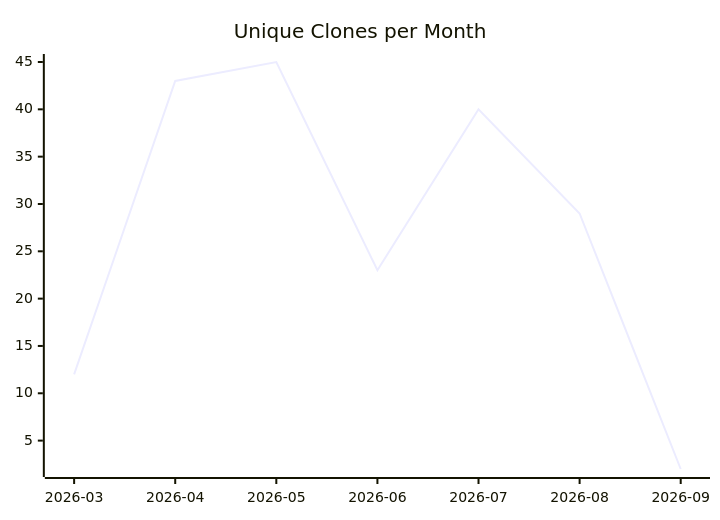
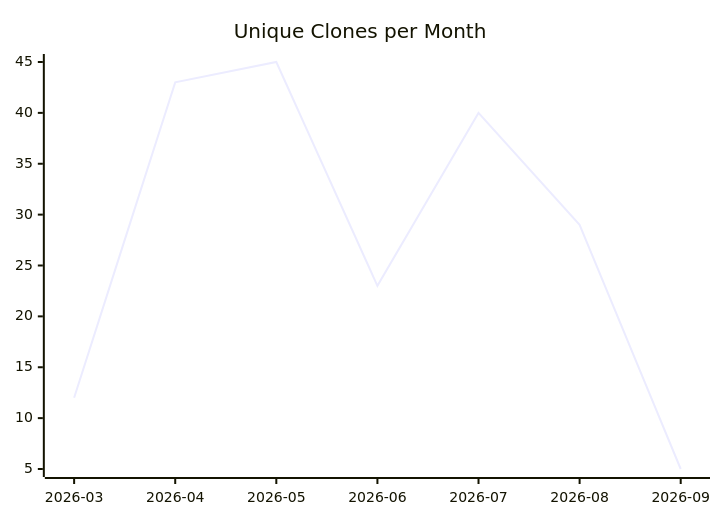
The third of 3 diagrams in karlmdavis/ksoap2-android/README.md (justdavis-family/github-analytics-data), drawn with Mermaid before and after one commit. The commit also changed other lines of this file and 191 other files, not shown here.

````diff
--- a/karlmdavis/ksoap2-android/README.md
+++ b/karlmdavis/ksoap2-android/README.md
@@ -19,6 +19,6 @@
 ```mermaid
 xychart-beta
   title "Unique Clones per Month"
   x-axis ["2026-03", "2026-04", "2026-05", "2026-06", "2026-07", "2026-08", "2026-09"]
-  line [12, 43, 45, 23, 40, 29, 2]
+  line [12, 43, 45, 23, 40, 29, 5]
 ```
````
